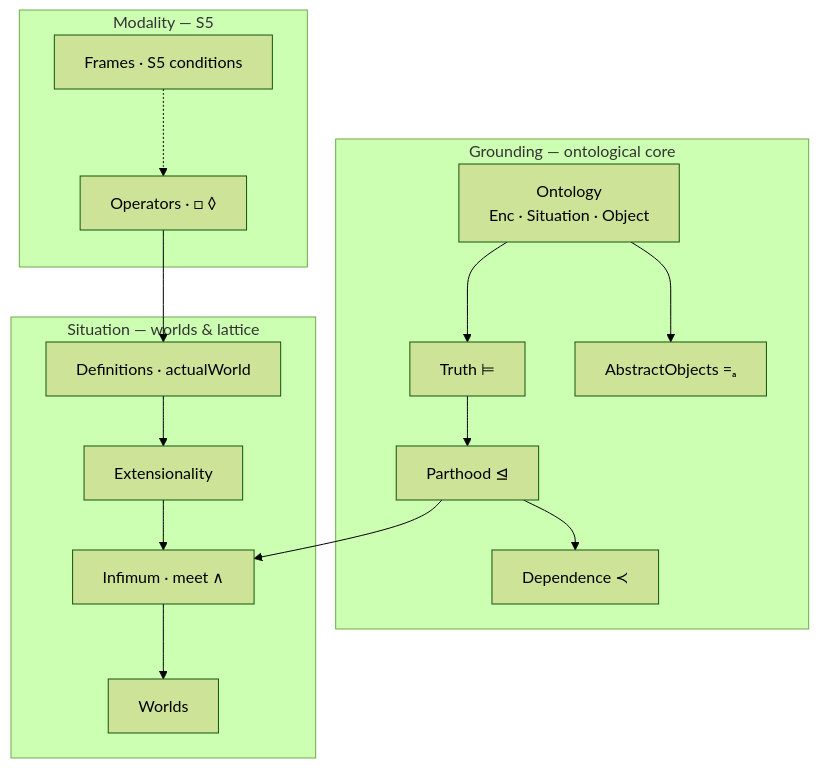
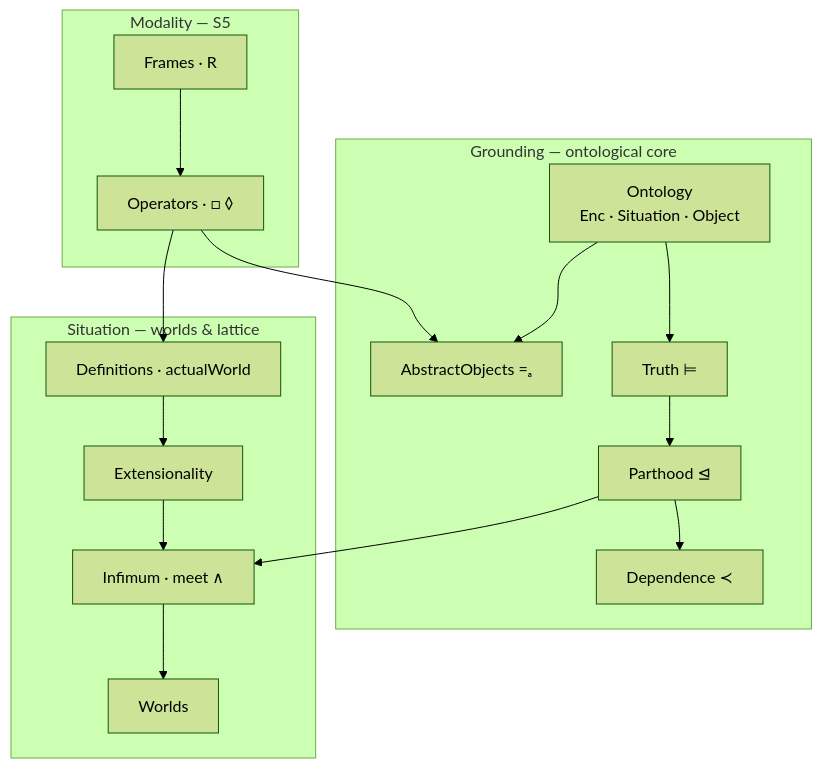
Before and after one commit to HanielUlises/Possible-World-Semantics: the first of 2 diagrams in README.md, drawn with Mermaid (forest theme). The commit also changed other lines of this file, not shown here.

````diff
--- a/README.md
+++ b/README.md
@@ -16,25 +16,26 @@
 ```mermaid
 flowchart TD
     subgraph G["Grounding — ontological core"]
         Ont["Ontology<br/>Enc · Situation · Object"]
         Tru["Truth ⊨"]
         Par["Parthood ⊴"]
         Dep["Dependence ≺"]
         Abs["AbstractObjects =ₐ"]
     end
     subgraph M["Modality — S5"]
-        Fr["Frames · S5 conditions"]
+        Fr["Frames · R"]
         Op["Operators · □ ◊"]
     end
     subgraph S["Situation — worlds & lattice"]
         Def["Definitions · actualWorld"]
         Ext["Extensionality"]
         Inf["Infimum · meet ∧"]
         Wld["Worlds"]
     end
     Ont --> Tru --> Par --> Dep
     Ont --> Abs
     Par --> Inf
-    Fr -.-> Op
+    Fr --> Op
+    Op --> Abs
     Op --> Def --> Ext --> Inf --> Wld
 ```
````
